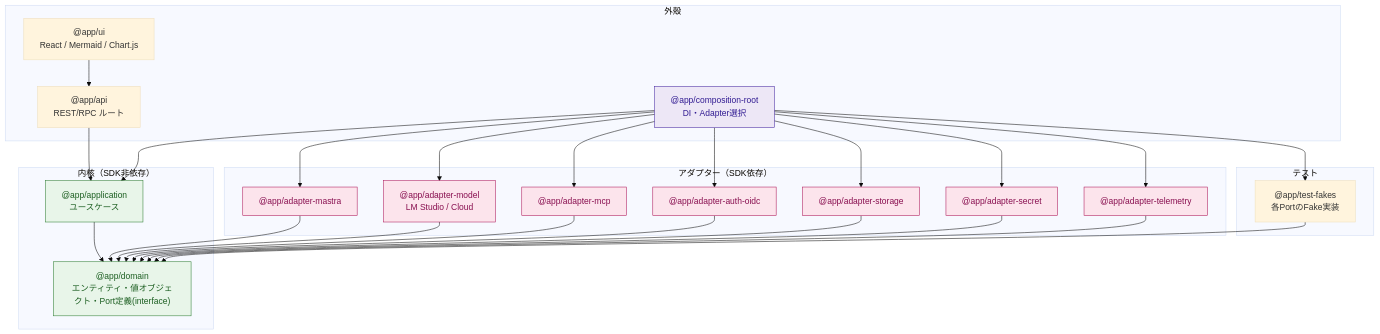
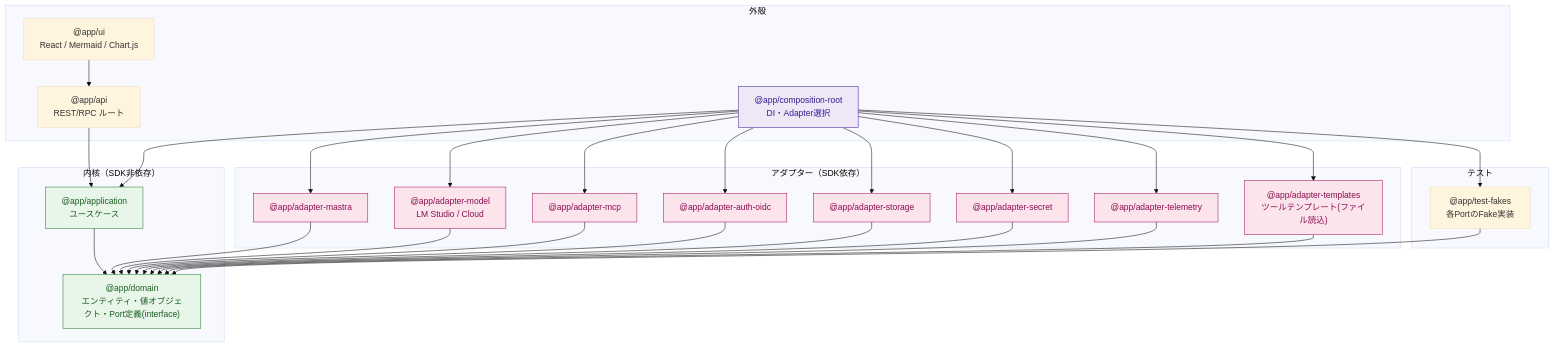
One commit to yy7613/agentblume changed the first of 4 diagrams in docs/05-dependency-graph.md. Above: the diagram before and after it, drawn with Mermaid (base theme). The commit also changed other lines of this file and 14 other files, not shown here.

````diff
--- a/docs/05-dependency-graph.md
+++ b/docs/05-dependency-graph.md
@@ -11,51 +11,53 @@
 ```mermaid
 flowchart TB
   subgraph inner["内核（SDK非依存）"]
     DOMAIN["@app/domain<br/>エンティティ・値オブジェクト・Port定義(interface)"]
     APP["@app/application<br/>ユースケース"]
   end
 
   subgraph adapters["アダプター（SDK依存）"]
     A_MASTRA["@app/adapter-mastra"]
     A_MODEL["@app/adapter-model<br/>LM Studio / Cloud"]
     A_MCP["@app/adapter-mcp"]
     A_AUTH["@app/adapter-auth-oidc"]
     A_STORE["@app/adapter-storage"]
     A_SEC["@app/adapter-secret"]
     A_TEL["@app/adapter-telemetry"]
+    A_TMPL["@app/adapter-templates<br/>ツールテンプレート(ファイル読込)"]
   end
 
   subgraph edges2["外殻"]
     UI["@app/ui<br/>React / Mermaid / Chart.js"]
     API["@app/api<br/>REST/RPC ルート"]
     ROOT["@app/composition-root<br/>DI・Adapter選択"]
   end
 
   subgraph testpkg["テスト"]
     FAKES["@app/test-fakes<br/>各PortのFake実装"]
   end
 
   APP --> DOMAIN
   A_MASTRA --> DOMAIN
   A_MODEL --> DOMAIN
   A_MCP --> DOMAIN
   A_AUTH --> DOMAIN
   A_STORE --> DOMAIN
   A_SEC --> DOMAIN
   A_TEL --> DOMAIN
+  A_TMPL --> DOMAIN
   FAKES --> DOMAIN
 
   API --> APP
   UI --> API
 
   ROOT --> APP
-  ROOT --> A_MASTRA & A_MODEL & A_MCP & A_AUTH & A_STORE & A_SEC & A_TEL
+  ROOT --> A_MASTRA & A_MODEL & A_MCP & A_AUTH & A_STORE & A_SEC & A_TEL & A_TMPL
   ROOT --> FAKES
 
   classDef corepkg fill:#e8f5e9,stroke:#2e7d32,color:#1b5e20;
   classDef adapterpkg fill:#fce4ec,stroke:#ad1457,color:#880e4f;
   classDef rootpkg fill:#ede7f6,stroke:#4527a0,color:#311b92;
   class DOMAIN,APP corepkg;
-  class A_MASTRA,A_MODEL,A_MCP,A_AUTH,A_STORE,A_SEC,A_TEL adapterpkg;
+  class A_MASTRA,A_MODEL,A_MCP,A_AUTH,A_STORE,A_SEC,A_TEL,A_TMPL adapterpkg;
   class ROOT rootpkg;
 ```
````
